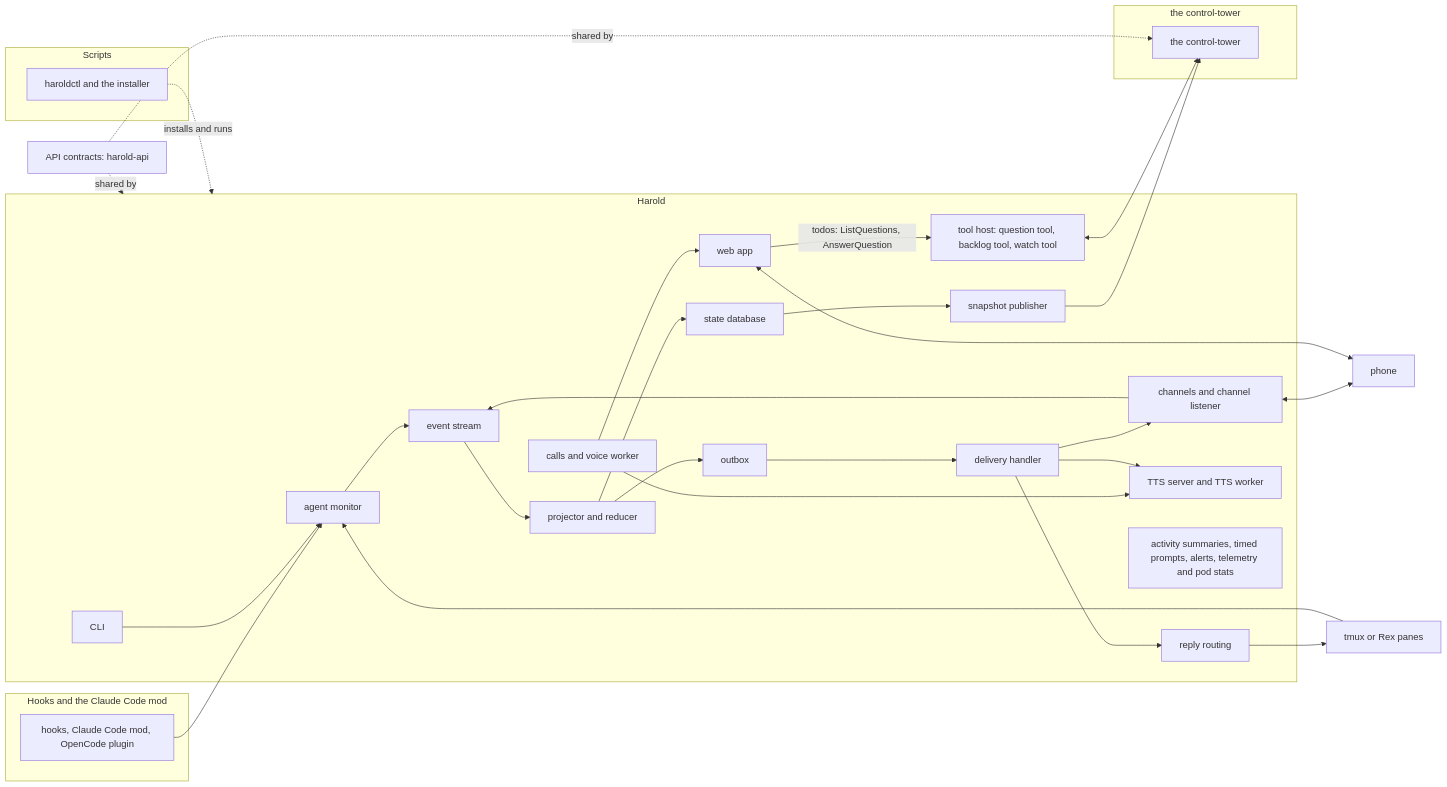
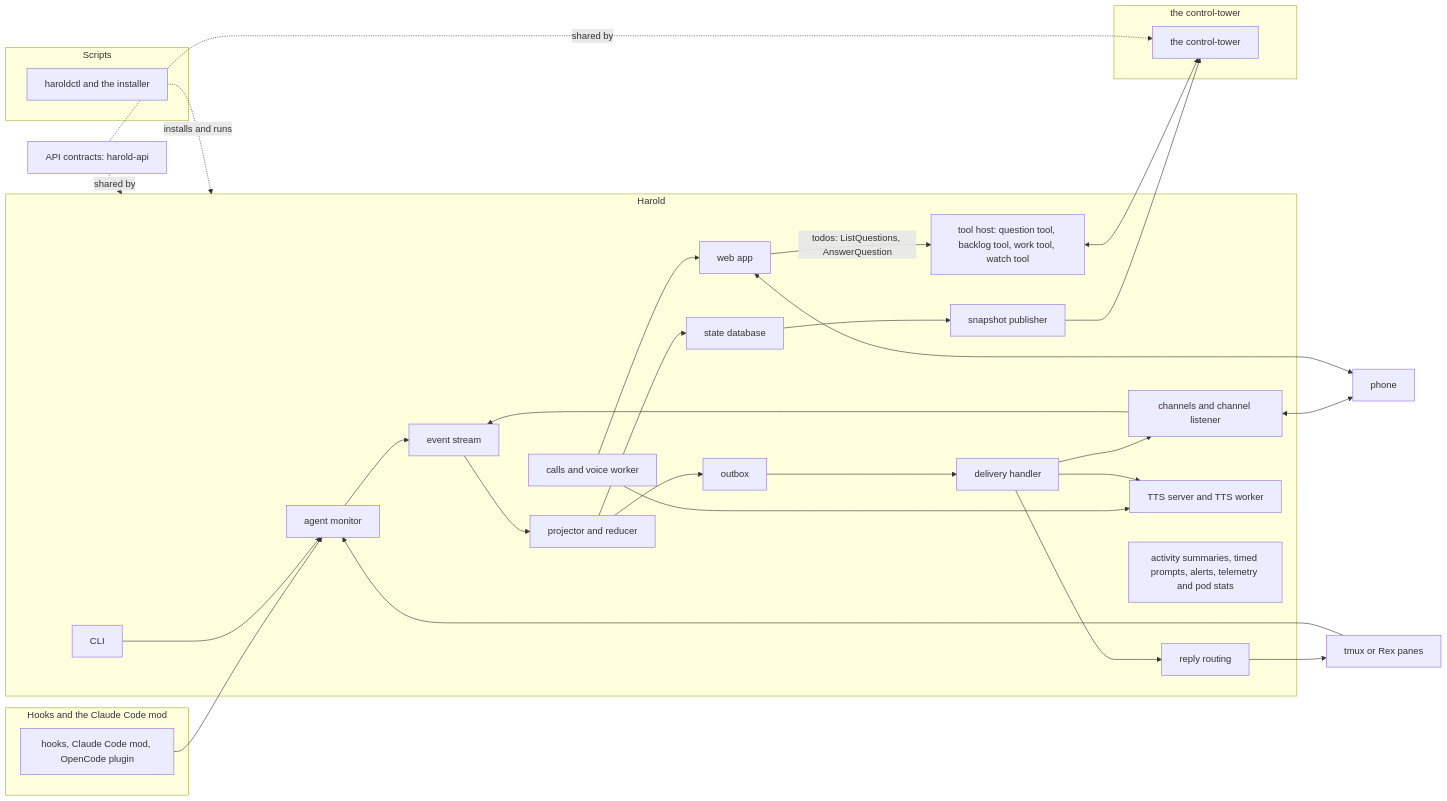
The first of 2 diagrams in docs/explanations/architecture.md (kahgeh/harold), drawn with Mermaid before and after one commit. The commit also changed other lines of this file and 11 other files, not shown here.

````diff
--- a/docs/explanations/architecture.md
+++ b/docs/explanations/architecture.md
@@ -11,61 +11,61 @@
 ```mermaid
 flowchart LR
   subgraph hooksg["Hooks and the Claude Code mod"]
     hooks["hooks, Claude Code mod, OpenCode plugin"]
   end
 
   subgraph harold["Harold"]
     monitor["agent monitor"]
     stream["event stream"]
     projector["projector and reducer"]
     statedb["state database"]
     outbox["outbox"]
     handler["delivery handler"]
     channels["channels and channel listener"]
     routing["reply routing"]
     publisher["snapshot publisher"]
-    toolhost["tool host: question tool, backlog tool, watch tool"]
+    toolhost["tool host: question tool, backlog tool, work tool, watch tool"]
     voice["calls and voice worker"]
     tts["TTS server and TTS worker"]
     webapp["web app"]
     extras["activity summaries, timed prompts, alerts, telemetry and pod stats"]
     cli["CLI"]
   end
 
   subgraph dashg["the control-tower"]
     dash["the control-tower"]
   end
 
   subgraph scriptsg["Scripts"]
     ctl["haroldctl and the installer"]
   end
 
   api["API contracts: harold-api"]
   phone["phone"]
   panes["tmux or Rex panes"]
 
   hooks --> monitor
   panes --> monitor
   monitor --> stream
   channels --> stream
   stream --> projector
   projector --> statedb
   projector --> outbox
   outbox --> handler
   handler --> channels
   handler --> routing
   routing --> panes
   channels <--> phone
   webapp <--> phone
   statedb --> publisher
   publisher --> dash
   toolhost <--> dash
   webapp -->|"todos: ListQuestions, AnswerQuestion"| toolhost
   voice --> webapp
   voice --> tts
   handler --> tts
   cli --> monitor
   ctl -. installs and runs .-> harold
   api -. shared by .-> harold
   api -. shared by .-> dash
 ```
````
